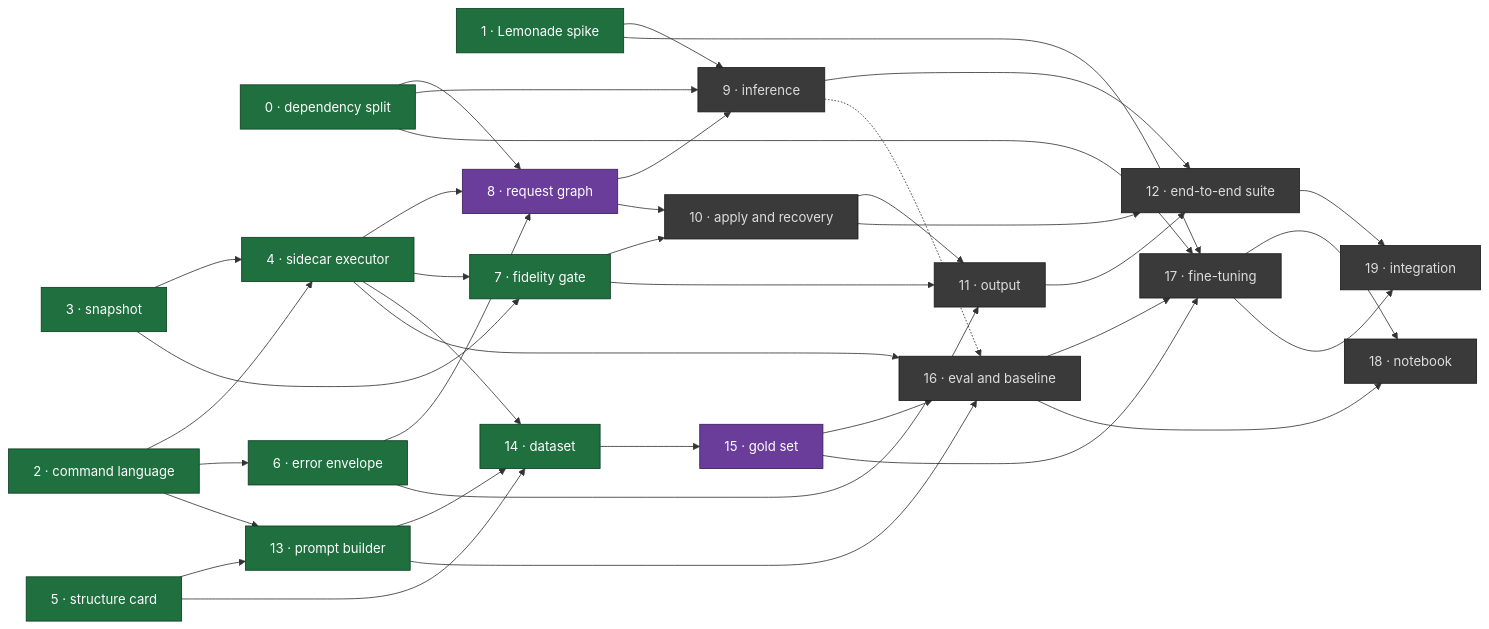
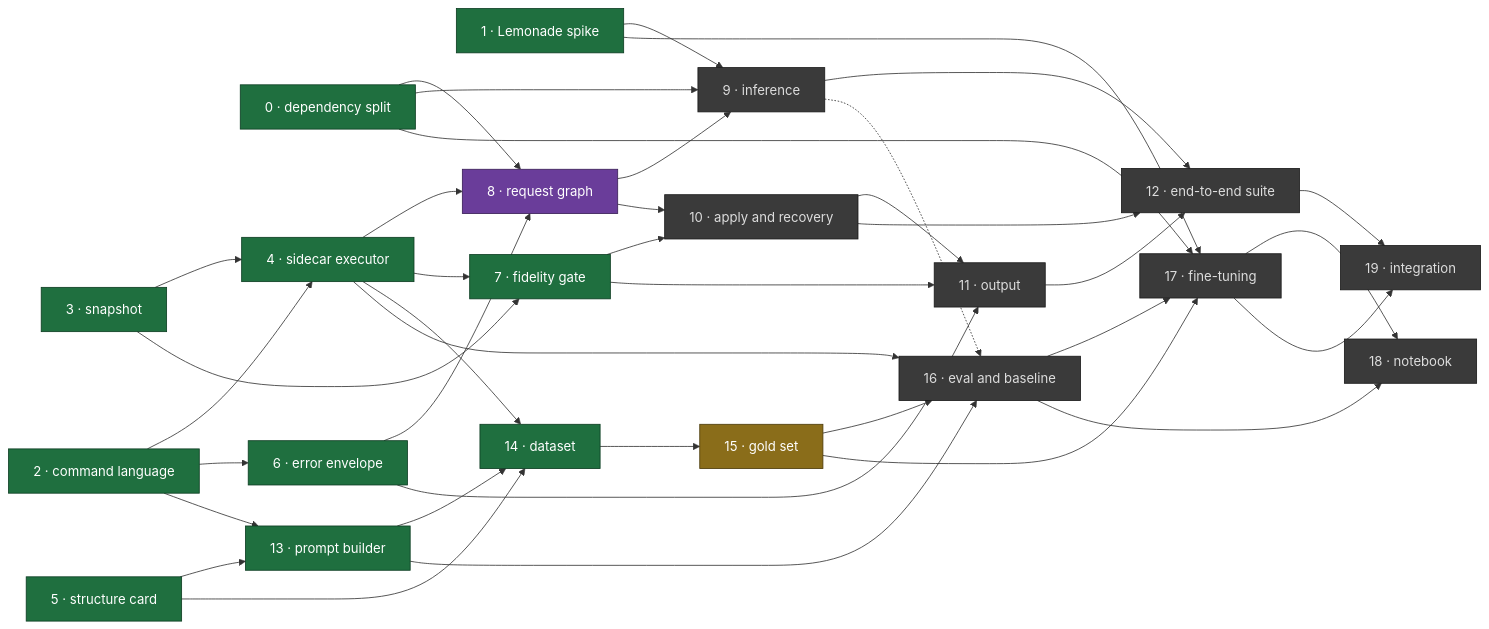
One commit to urban233/pymol-copilot changed the diagram in docs/master_plan.md. Above: the diagram before and after it, drawn with Mermaid. The commit also changed other lines of this file, not shown here.

Commit message:
docs: Mark item 15 in review (PR #53)

````diff
--- a/docs/master_plan.md
+++ b/docs/master_plan.md
@@ -112,67 +112,67 @@
 ```mermaid
 flowchart LR
   classDef done fill:#1f6f3f,stroke:#0d3d22,color:#fff
   classDef review fill:#8a6d1a,stroke:#4d3c0c,color:#fff
   classDef ready fill:#1f4f8f,stroke:#0d2a4d,color:#fff
   classDef progress fill:#6a3d9a,stroke:#3a1f57,color:#fff
   classDef blocked fill:#3a3a3a,stroke:#1a1a1a,color:#ddd
 
   I0["0 · dependency split"]:::done
   I1["1 · Lemonade spike"]:::done
   I2["2 · command language"]:::done
   I3["3 · snapshot"]:::done
   I4["4 · sidecar executor"]:::done
   I5["5 · structure card"]:::done
   I6["6 · error envelope"]:::done
   I7["7 · fidelity gate"]:::done
   I8["8 · request graph"]:::progress
   I9["9 · inference"]:::blocked
   I10["10 · apply and recovery"]:::blocked
   I11["11 · output"]:::blocked
   I12["12 · end-to-end suite"]:::blocked
   I13["13 · prompt builder"]:::done
   I14["14 · dataset"]:::done
-  I15["15 · gold set"]:::progress
+  I15["15 · gold set"]:::review
   I16["16 · eval and baseline"]:::blocked
   I17["17 · fine-tuning"]:::blocked
   I18["18 · notebook"]:::blocked
   I19["19 · integration"]:::blocked
 
   I2 --> I4
   I3 --> I4
   I2 --> I6
   I0 --> I8
   I4 --> I8
   I6 --> I8
   I3 --> I7
   I4 --> I7
   I0 --> I9
   I1 --> I9
   I8 --> I9
   I7 --> I10
   I8 --> I10
   I6 --> I11
   I7 --> I11
   I10 --> I11
   I9 --> I12
   I10 --> I12
   I11 --> I12
   I2 --> I13
   I5 --> I13
   I4 --> I14
   I5 --> I14
   I13 --> I14
   I14 --> I15
   I15 --> I16
   I13 --> I16
   I4 --> I16
   I9 -.-> I16
   I1 --> I17
   I0 --> I17
   I15 --> I17
   I16 --> I17
   I16 --> I18
   I17 --> I18
   I12 --> I19
   I17 --> I19
 ```
````
